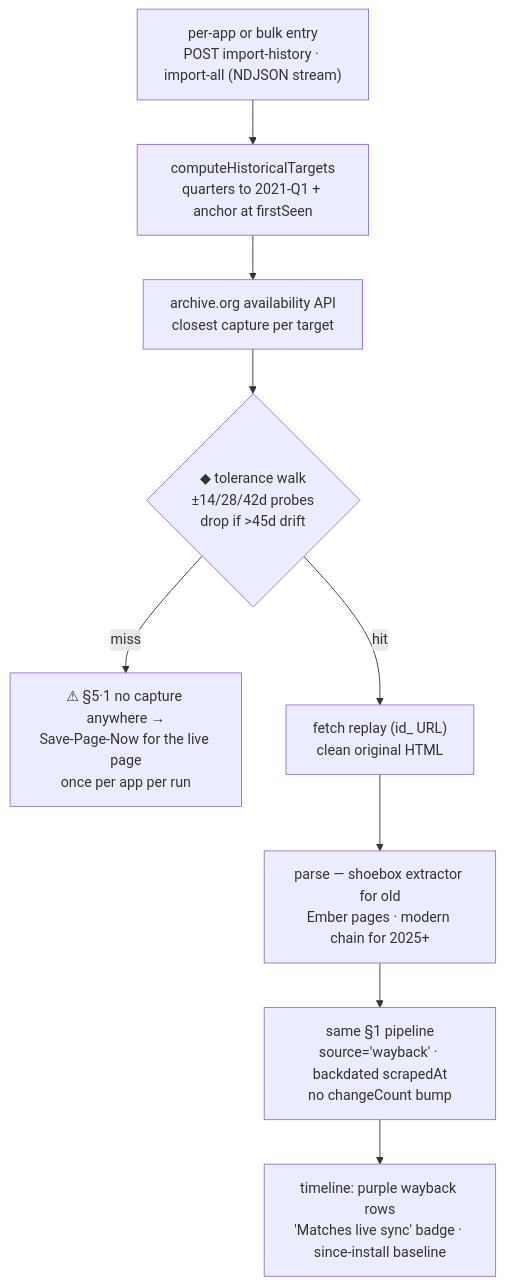
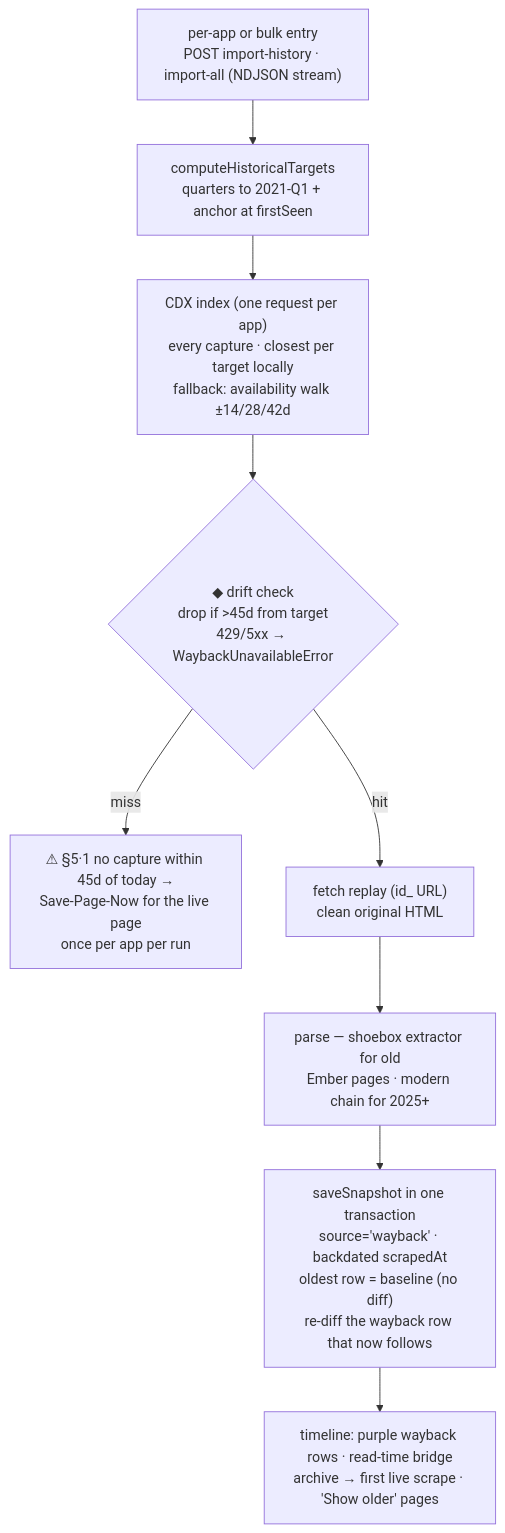
Before and after one commit to privacykey/privacytracker: the sixth of 7 diagrams in docs/ARCHITECTURE.md, drawn with Mermaid. The commit also changed other lines of this file and 27 other files, not shown here.

````diff
--- a/docs/ARCHITECTURE.md
+++ b/docs/ARCHITECTURE.md
@@ -219,16 +224,16 @@
 ```mermaid
 flowchart TD
   entry["per-app or bulk entry<br/>POST import-history · import-all (NDJSON stream)"]
   targets["computeHistoricalTargets<br/>quarters to 2021-Q1 + anchor at firstSeen"]
-  avail["archive.org availability API<br/>closest capture per target"]
-  walk{"◆ tolerance walk<br/>±14/28/42d probes<br/>drop if >45d drift"}
-  spn["⚠ §5·1 no capture anywhere →<br/>Save-Page-Now for the live page<br/>once per app per run"]
+  cdx["CDX index (one request per app)<br/>every capture · closest per target locally<br/>fallback: availability walk ±14/28/42d"]
+  walk{"◆ drift check<br/>drop if >45d from target<br/>429/5xx → WaybackUnavailableError"}
+  spn["⚠ §5·1 no capture within 45d of today →<br/>Save-Page-Now for the live page<br/>once per app per run"]
   fetch["fetch replay (id_ URL)<br/>clean original HTML"]
   parse["parse — shoebox extractor for old<br/>Ember pages · modern chain for 2025+"]
-  pipe["same §1 pipeline<br/>source='wayback' · backdated scrapedAt<br/>no changeCount bump"]
-  tl["timeline: purple wayback rows<br/>'Matches live sync' badge · since-install baseline"]
+  pipe["saveSnapshot in one transaction<br/>source='wayback' · backdated scrapedAt<br/>oldest row = baseline (no diff)<br/>re-diff the wayback row that now follows"]
+  tl["timeline: purple wayback rows · read-time bridge<br/>archive → first live scrape · 'Show older' pages"]
 
-  entry --> targets --> avail --> walk
+  entry --> targets --> cdx --> walk
   walk -->|miss| spn
   walk -->|hit| fetch --> parse --> pipe --> tl
 ```
````
